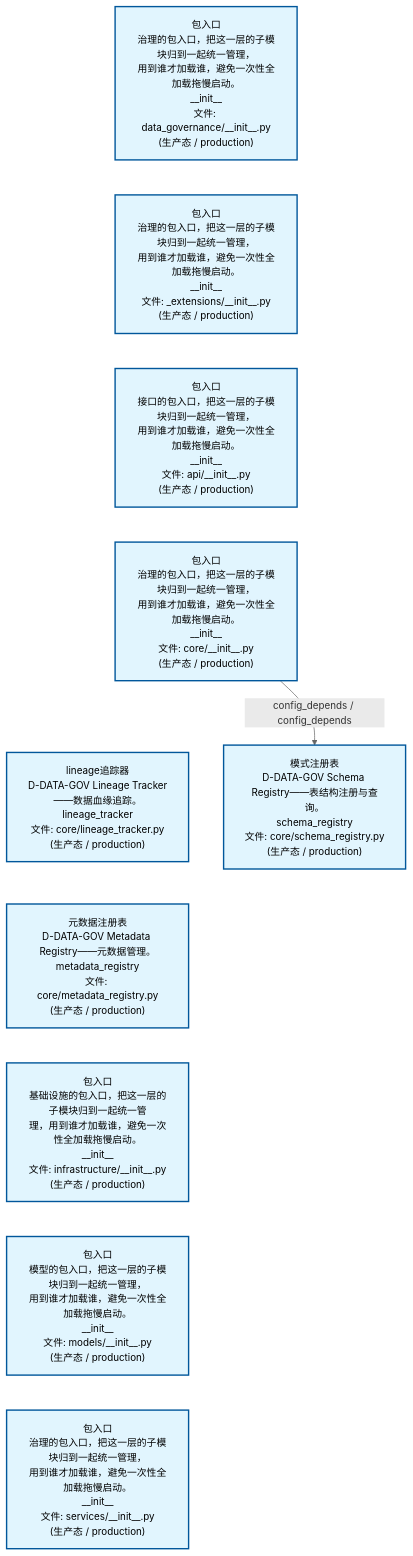
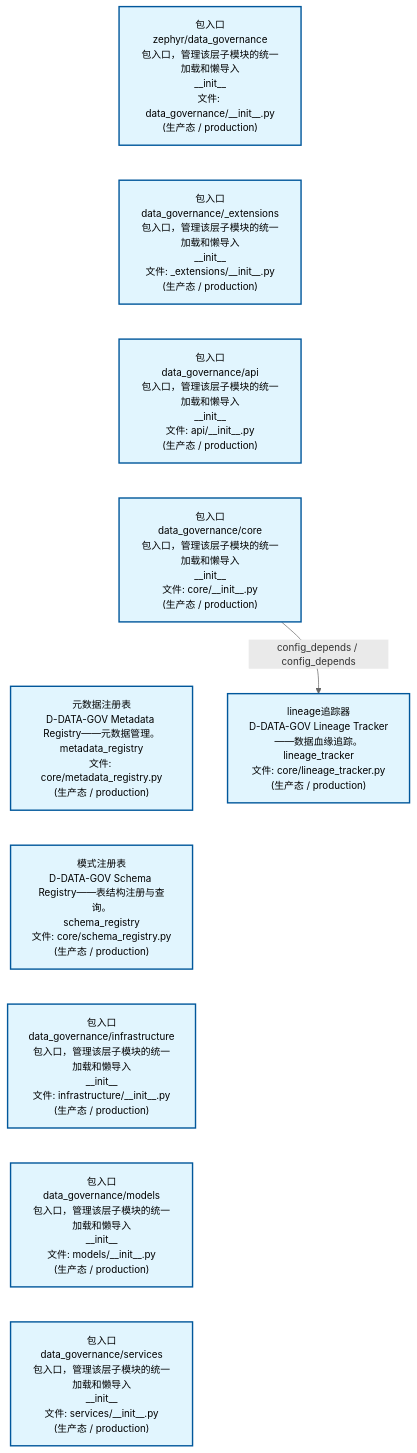
One commit to xuanFelixVan/ZephyrAlpha changed the first of 2 diagrams in docs/02_enterprise_architecture/02_domain_architecture_docs/13_d_data_gov.md. Above: the diagram before and after it, drawn with Mermaid. The commit also changed other lines of this file and 60 other files, not shown here.

````diff
--- a/docs/02_enterprise_architecture/02_domain_architecture_docs/13_d_data_gov.md
+++ b/docs/02_enterprise_architecture/02_domain_architecture_docs/13_d_data_gov.md
@@ -53,28 +53,28 @@
 ```mermaid
 %%{init: {'theme': 'base', 'themeVariables': {'primaryColor': '#eaeaea', 'primaryTextColor': '#333333', 'primaryBorderColor': '#666666', 'lineColor': '#666666', 'secondaryColor': '#eaeaea', 'tertiaryColor': '#eaeaea', 'fontSize': '14px'}}}%%
 flowchart TD
-    src_zephyr_data_governance_init_py["包入口<br/>治理的包入口，把这一层的子模块归到一起统一管理，<br/>用到谁才加载谁，避免一次性全加载拖慢启动。<br/>__init__<br/>文件: data_governance/__init__.py<br/>(生产态 / production)"]
-    src_zephyr_data_governance_extensions_init_py["包入口<br/>治理的包入口，把这一层的子模块归到一起统一管理，<br/>用到谁才加载谁，避免一次性全加载拖慢启动。<br/>__init__<br/>文件: _extensions/__init__.py<br/>(生产态 / production)"]
-    src_zephyr_data_governance_api_init_py["包入口<br/>接口的包入口，把这一层的子模块归到一起统一管理，<br/>用到谁才加载谁，避免一次性全加载拖慢启动。<br/>__init__<br/>文件: api/__init__.py<br/>(生产态 / production)"]
-    src_zephyr_data_governance_core_init_py["包入口<br/>治理的包入口，把这一层的子模块归到一起统一管理，<br/>用到谁才加载谁，避免一次性全加载拖慢启动。<br/>__init__<br/>文件: core/__init__.py<br/>(生产态 / production)"]
-    src_zephyr_data_governance_core_lineage_tracker_py["lineage追踪器<br/>D-DATA-GOV Lineage Tracker——数据血缘追踪。<br/>lineage_tracker<br/>文件: core/lineage_tracker.py<br/>(生产态 / production)"]
+    src_zephyr_data_governance_init_py["包入口<br/>zephyr/data_governance<br/>包入口，管理该层子模块的统一加载和懒导入<br/>__init__<br/>文件: data_governance/__init__.py<br/>(生产态 / production)"]
+    src_zephyr_data_governance_extensions_init_py["包入口<br/>data_governance/_extensions<br/>包入口，管理该层子模块的统一加载和懒导入<br/>__init__<br/>文件: _extensions/__init__.py<br/>(生产态 / production)"]
+    src_zephyr_data_governance_api_init_py["包入口<br/>data_governance/api<br/>包入口，管理该层子模块的统一加载和懒导入<br/>__init__<br/>文件: api/__init__.py<br/>(生产态 / production)"]
+    src_zephyr_data_governance_core_init_py["包入口<br/>data_governance/core<br/>包入口，管理该层子模块的统一加载和懒导入<br/>__init__<br/>文件: core/__init__.py<br/>(生产态 / production)"]
     src_zephyr_data_governance_core_metadata_registry_py["元数据注册表<br/>D-DATA-GOV Metadata Registry——元数据管理。<br/>metadata_registry<br/>文件: core/metadata_registry.py<br/>(生产态 / production)"]
-    src_zephyr_data_governance_infrastructure_init_py["包入口<br/>基础设施的包入口，把这一层的子模块归到一起统一管<br/>理，用到谁才加载谁，避免一次性全加载拖慢启动。<br/>__init__<br/>文件: infrastructure/__init__.py<br/>(生产态 / production)"]
-    src_zephyr_data_governance_models_init_py["包入口<br/>模型的包入口，把这一层的子模块归到一起统一管理，<br/>用到谁才加载谁，避免一次性全加载拖慢启动。<br/>__init__<br/>文件: models/__init__.py<br/>(生产态 / production)"]
-    src_zephyr_data_governance_services_init_py["包入口<br/>治理的包入口，把这一层的子模块归到一起统一管理，<br/>用到谁才加载谁，避免一次性全加载拖慢启动。<br/>__init__<br/>文件: services/__init__.py<br/>(生产态 / production)"]
+    src_zephyr_data_governance_core_schema_registry_py["模式注册表<br/>D-DATA-GOV Schema Registry——表结构注册与查询。<br/>schema_registry<br/>文件: core/schema_registry.py<br/>(生产态 / production)"]
+    src_zephyr_data_governance_infrastructure_init_py["包入口<br/>data_governance/infrastructure<br/>包入口，管理该层子模块的统一加载和懒导入<br/>__init__<br/>文件: infrastructure/__init__.py<br/>(生产态 / production)"]
+    src_zephyr_data_governance_models_init_py["包入口<br/>data_governance/models<br/>包入口，管理该层子模块的统一加载和懒导入<br/>__init__<br/>文件: models/__init__.py<br/>(生产态 / production)"]
+    src_zephyr_data_governance_services_init_py["包入口<br/>data_governance/services<br/>包入口，管理该层子模块的统一加载和懒导入<br/>__init__<br/>文件: services/__init__.py<br/>(生产态 / production)"]
     src_zephyr_data_governance_init_py ~~~ src_zephyr_data_governance_extensions_init_py
     src_zephyr_data_governance_extensions_init_py ~~~ src_zephyr_data_governance_api_init_py
     src_zephyr_data_governance_api_init_py ~~~ src_zephyr_data_governance_core_init_py
-    src_zephyr_data_governance_core_init_py ~~~ src_zephyr_data_governance_core_lineage_tracker_py
-    src_zephyr_data_governance_core_lineage_tracker_py ~~~ src_zephyr_data_governance_core_metadata_registry_py
-    src_zephyr_data_governance_core_metadata_registry_py ~~~ src_zephyr_data_governance_infrastructure_init_py
+    src_zephyr_data_governance_core_init_py ~~~ src_zephyr_data_governance_core_metadata_registry_py
+    src_zephyr_data_governance_core_metadata_registry_py ~~~ src_zephyr_data_governance_core_schema_registry_py
+    src_zephyr_data_governance_core_schema_registry_py ~~~ src_zephyr_data_governance_infrastructure_init_py
     src_zephyr_data_governance_infrastructure_init_py ~~~ src_zephyr_data_governance_models_init_py
     src_zephyr_data_governance_models_init_py ~~~ src_zephyr_data_governance_services_init_py
-    src_zephyr_data_governance_core_schema_registry_py["模式注册表<br/>D-DATA-GOV Schema Registry——表结构注册与查询。<br/>schema_registry<br/>文件: core/schema_registry.py<br/>(生产态 / production)"]
-    src_zephyr_data_governance_core_init_py -->|config_depends / config_depends| src_zephyr_data_governance_core_schema_registry_py
+    src_zephyr_data_governance_core_lineage_tracker_py["lineage追踪器<br/>D-DATA-GOV Lineage Tracker——数据血缘追踪。<br/>lineage_tracker<br/>文件: core/lineage_tracker.py<br/>(生产态 / production)"]
+    src_zephyr_data_governance_core_init_py -->|config_depends / config_depends| src_zephyr_data_governance_core_lineage_tracker_py
     classDef production fill:#e1f5fe,stroke:#01579b,stroke-width:2px,color:#000
     classDef design fill:#fff3e0,stroke:#e65100,stroke-width:2px,color:#000,stroke-dasharray: 5 5
     classDef external_prod fill:#e8f4fd,stroke:#0277bd,stroke-width:1px,color:#000
     classDef external_design fill:#fff8e7,stroke:#ef6c00,stroke-width:1px,color:#000,stroke-dasharray: 5 5
     class src_zephyr_data_governance_init_py,src_zephyr_data_governance_extensions_init_py,src_zephyr_data_governance_api_init_py,src_zephyr_data_governance_core_init_py,src_zephyr_data_governance_core_lineage_tracker_py,src_zephyr_data_governance_core_metadata_registry_py,src_zephyr_data_governance_core_schema_registry_py,src_zephyr_data_governance_infrastructure_init_py,src_zephyr_data_governance_models_init_py,src_zephyr_data_governance_services_init_py production
 ```
````
